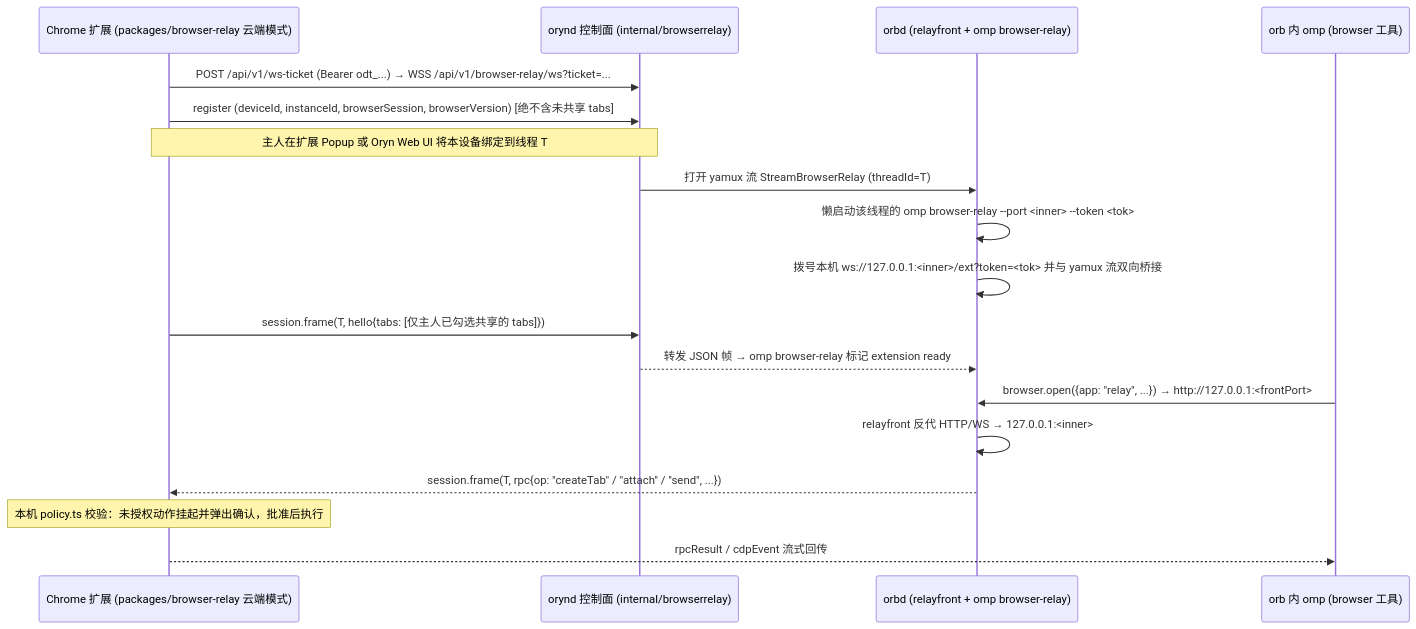
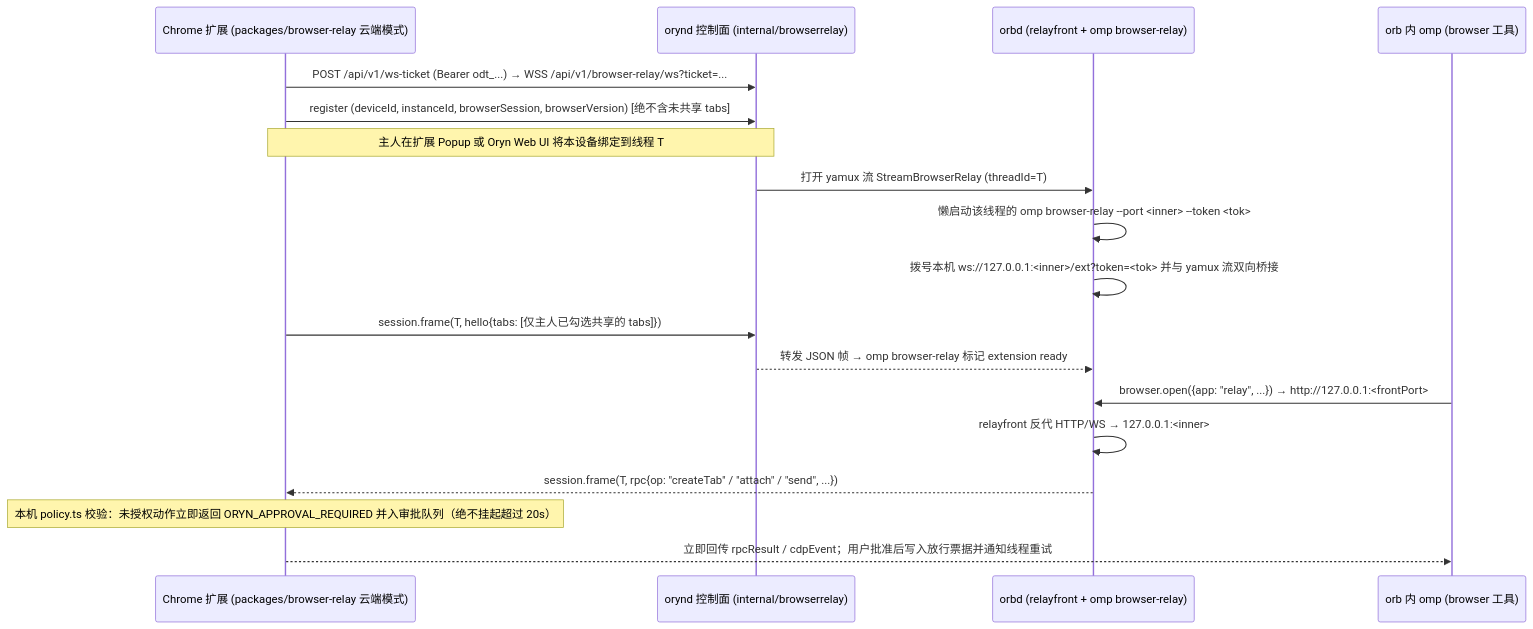
Before and after one commit to Lynricsy/Oryn: the diagram in docs/plan-m27.md, drawn with Mermaid. The commit also changed other lines of this file, not shown here.

````diff
--- a/docs/plan-m27.md
+++ b/docs/plan-m27.md
@@ -72,21 +73,21 @@
 ```mermaid
 sequenceDiagram
     participant EXT as Chrome 扩展 (packages/browser-relay 云端模式)
     participant ORYND as orynd 控制面 (internal/browserrelay)
     participant ORBD as orbd (relayfront + omp browser-relay)
     participant OMP as orb 内 omp (browser 工具)
 
     EXT->>ORYND: POST /api/v1/ws-ticket (Bearer odt_...) → WSS /api/v1/browser-relay/ws?ticket=...
     EXT->>ORYND: register (deviceId, instanceId, browserSession, browserVersion) [绝不含未共享 tabs]
     Note over EXT,ORYND: 主人在扩展 Popup 或 Oryn Web UI 将本设备绑定到线程 T
     ORYND->>ORBD: 打开 yamux 流 StreamBrowserRelay (threadId=T)
     ORBD->>ORBD: 懒启动该线程的 omp browser-relay --port <inner> --token <tok>
     ORBD->>ORBD: 拨号本机 ws://127.0.0.1:<inner>/ext?token=<tok> 并与 yamux 流双向桥接
     EXT->>ORYND: session.frame(T, hello{tabs: [仅主人已勾选共享的 tabs]})
     ORYND-->>ORBD: 转发 JSON 帧 → omp browser-relay 标记 extension ready
     OMP->>ORBD: browser.open({app: "relay", ...}) → http://127.0.0.1:<frontPort>
     ORBD->>ORBD: relayfront 反代 HTTP/WS → 127.0.0.1:<inner>
     ORBD-->>EXT: session.frame(T, rpc{op: "createTab" / "attach" / "send", ...})
-    Note over EXT: 本机 policy.ts 校验：未授权动作挂起并弹出确认，批准后执行
-    EXT-->>OMP: rpcResult / cdpEvent 流式回传
+    Note over EXT: 本机 policy.ts 校验：未授权动作立即返回 ORYN_APPROVAL_REQUIRED 并入审批队列（绝不挂起超过 20s）
+    EXT-->>OMP: 立即回传 rpcResult / cdpEvent；用户批准后写入放行票据并通知线程重试
 ```
````
